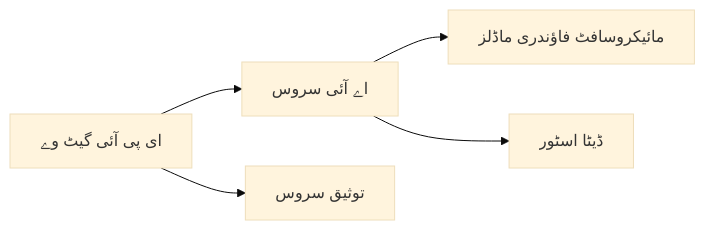
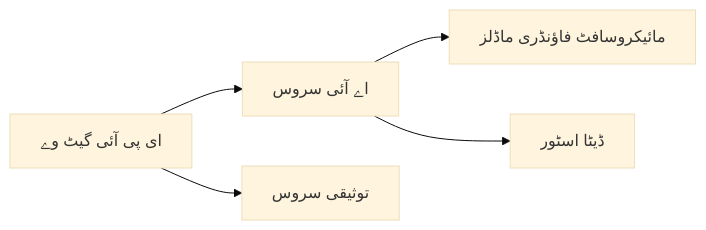
One commit to microsoft/AZD-for-beginners changed the first of 2 diagrams in translations/ur/docs/chapter-08-production/README.md. Above: the diagram before and after it, drawn with Mermaid (base theme). The commit also changed other lines of this file and 101 other files, not shown here.

````diff
--- a/translations/ur/docs/chapter-08-production/README.md
+++ b/translations/ur/docs/chapter-08-production/README.md
@@ -46,6 +48,6 @@
 ```mermaid
 graph LR
-    Gateway[ای پی آئی گیٹ وے] --> AI[اے آئی سروس] --> Models[مائیکروسافٹ فاؤندری ماڈلز]
-    Gateway --> Auth[توثیق سروس]
+    Gateway[ای پی آئی گیٹ وے] --> AI[اے آئی سروس] --> Models[مائیکروسافٹ فاؤنڈری ماڈلز]
+    Gateway --> Auth[توثیقی سروس]
     AI --> Data[ڈیٹا اسٹور]
 ```
````
